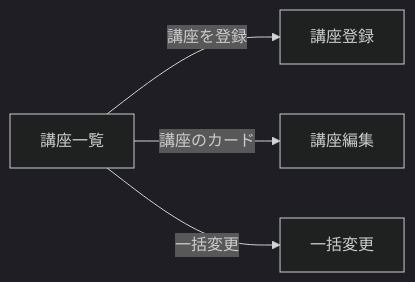
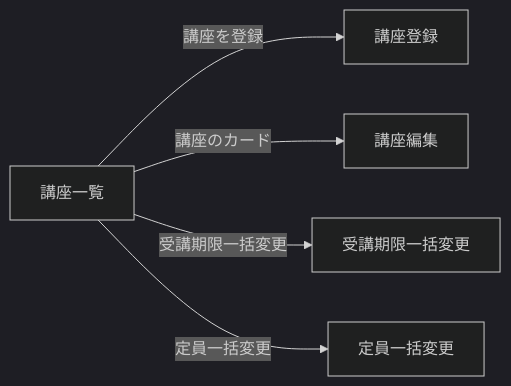
Before and after one commit to yukihiroLaravel/juko_next: the diagram in docs/specs/screens/instructor-course-list.md, drawn with Mermaid (dark theme). The commit also changed other lines of this file and 1 other file, not shown here.

````diff
--- a/docs/specs/screens/instructor-course-list.md
+++ b/docs/specs/screens/instructor-course-list.md
@@ -54,6 +52,7 @@
 ```mermaid
 flowchart LR
     list[講座一覧] -->|講座を登録| create[講座登録]
     list -->|講座のカード| edit[講座編集]
-    list -->|一括変更| bulk[一括変更]
+    list -->|受講期限一括変更| deadline[受講期限一括変更]
+    list -->|定員一括変更| capacity[定員一括変更]
 ```
````
